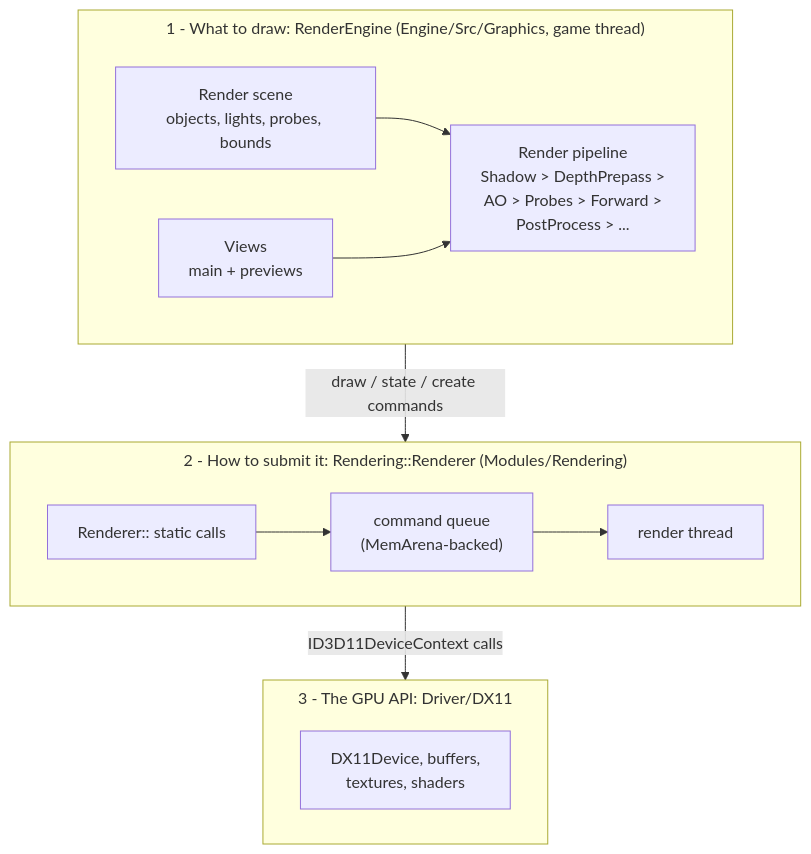
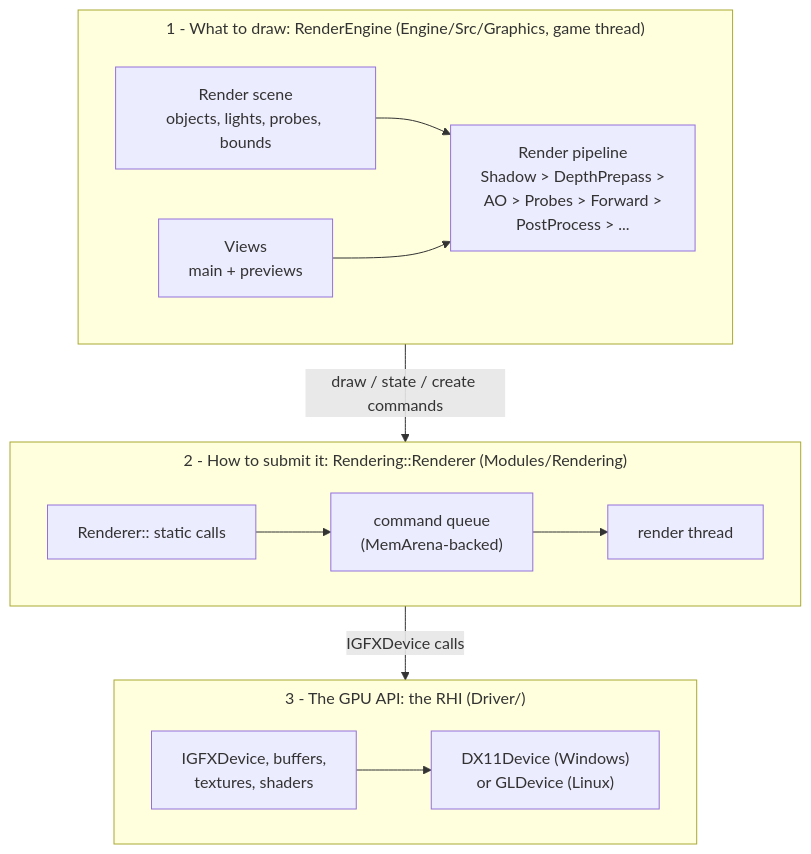
Before and after one commit to b1nary0/RZE: the first of 2 diagrams in Docs/Generated/Engine/04-Rendering/Rendering-Overview.md, drawn with Mermaid. The commit also changed other lines of this file and 10 other files, not shown here.

First line of the commit message:
Docs: rendering pages for the RHI and OpenGL; Platforms and Graphics APIs page

````diff
--- a/Docs/Generated/Engine/04-Rendering/Rendering-Overview.md
+++ b/Docs/Generated/Engine/04-Rendering/Rendering-Overview.md
@@ -5,19 +5,19 @@
 ```mermaid
 %%{init: {'flowchart': {'subGraphTitleMargin': {'top': 6, 'bottom': 10}}, 'themeCSS': '.labelBkg, .edgeLabel { background-color: var(--background-primary) !important; } .messageText, .labelText, .loopText { paint-order: stroke; stroke: var(--background-primary); stroke-width: 5px; stroke-linejoin: round; }'}}%%
 flowchart TD
     subgraph L1["1 - What to draw: RenderEngine (Engine/Src/Graphics, game thread)"]
         direction LR
         Scene["Render scene<br/>objects, lights, probes, bounds"] --> Pipe["Render pipeline<br/>Shadow > DepthPrepass ><br/>AO > Probes > Forward ><br/>PostProcess > ..."]
         Views["Views<br/>main + previews"] --> Pipe
     end
     subgraph L2["2 - How to submit it: Rendering::Renderer (Modules/Rendering)"]
         direction LR
         API["Renderer:: static calls"] --> Queue["command queue<br/>(MemArena-backed)"] --> Thread["render thread"]
     end
-    subgraph L3["3 - The GPU API: Driver/DX11"]
+    subgraph L3["3 - The GPU API: the RHI (Driver/)"]
         direction LR
-        Dev["DX11Device, buffers,<br/>textures, shaders"]
+        Dev["IGFXDevice, buffers,<br/>textures, shaders"] --> Backends["DX11Device (Windows)<br/>or GLDevice (Linux)"]
     end
     L1 -->|"draw / state / create commands"| L2
-    L2 -->|"ID3D11DeviceContext calls"| L3
+    L2 -->|"IGFXDevice calls"| L3
 ```
````
